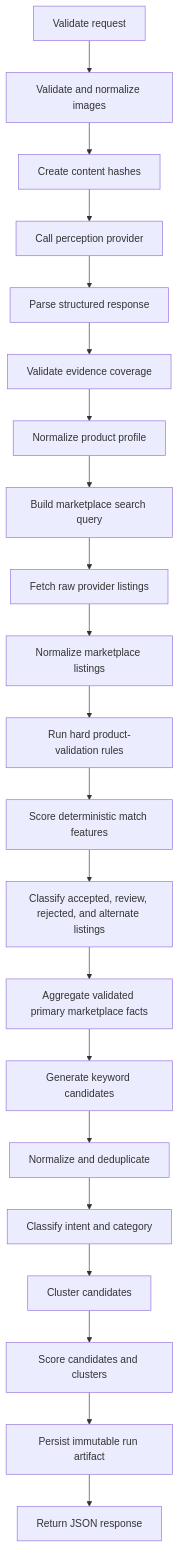
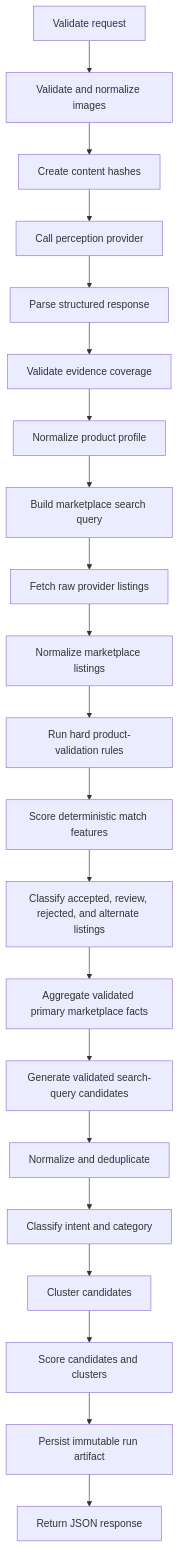
The second of 2 diagrams in docs/architecture.md (ChiefSZ13/digitalmarketingagent), drawn with Mermaid before and after one commit. The commit also changed 25 other files, not shown here.

First line of the commit message:
fix(keyword): generate realistic search queries

````diff
--- a/docs/architecture.md
+++ b/docs/architecture.md
@@ -22,23 +22,23 @@
 ```mermaid
 flowchart TD
   A["Validate request"] --> B["Validate and normalize images"]
   B --> C["Create content hashes"]
   C --> D["Call perception provider"]
   D --> E["Parse structured response"]
   E --> F["Validate evidence coverage"]
   F --> G["Normalize product profile"]
   G --> H["Build marketplace search query"]
   H --> I["Fetch raw provider listings"]
   I --> J["Normalize marketplace listings"]
   J --> K["Run hard product-validation rules"]
   K --> L["Score deterministic match features"]
   L --> M["Classify accepted, review, rejected, and alternate listings"]
   M --> N["Aggregate validated primary marketplace facts"]
-  N --> O["Generate keyword candidates"]
+  N --> O["Generate validated search-query candidates"]
   O --> P["Normalize and deduplicate"]
   P --> Q["Classify intent and category"]
   Q --> R["Cluster candidates"]
   R --> S["Score candidates and clusters"]
   S --> T["Persist immutable run artifact"]
   T --> U["Return JSON response"]
 ```
````
